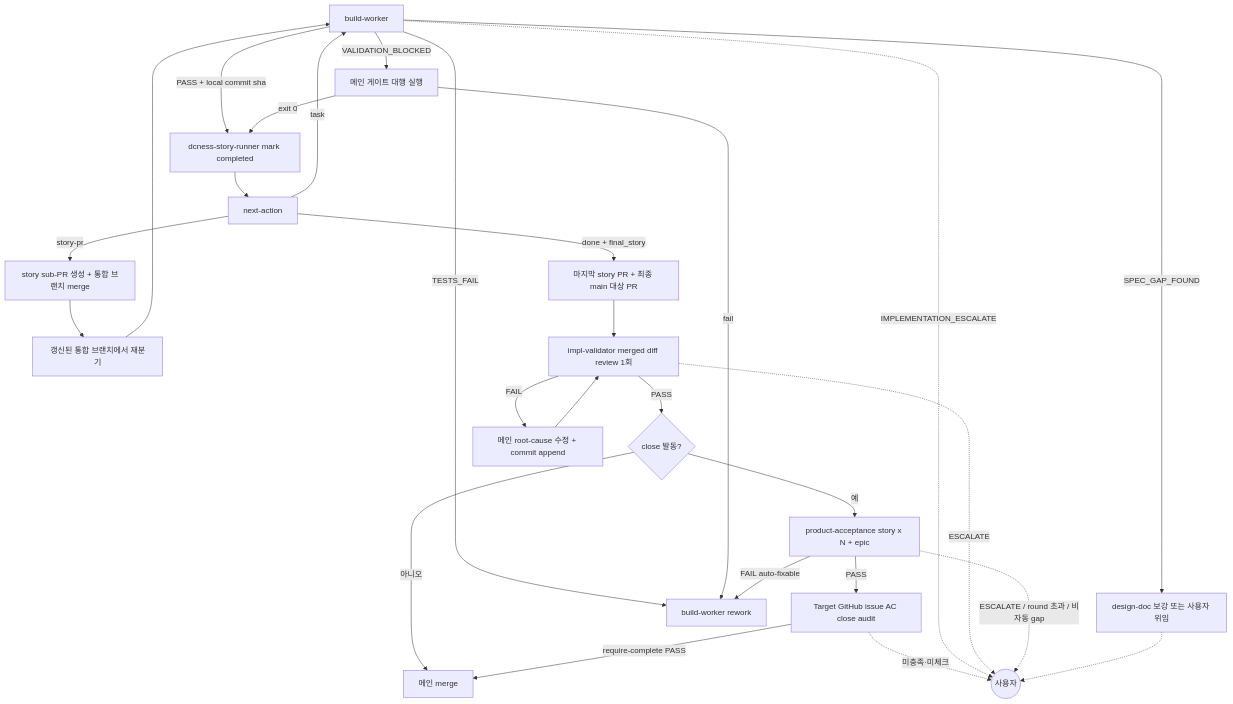
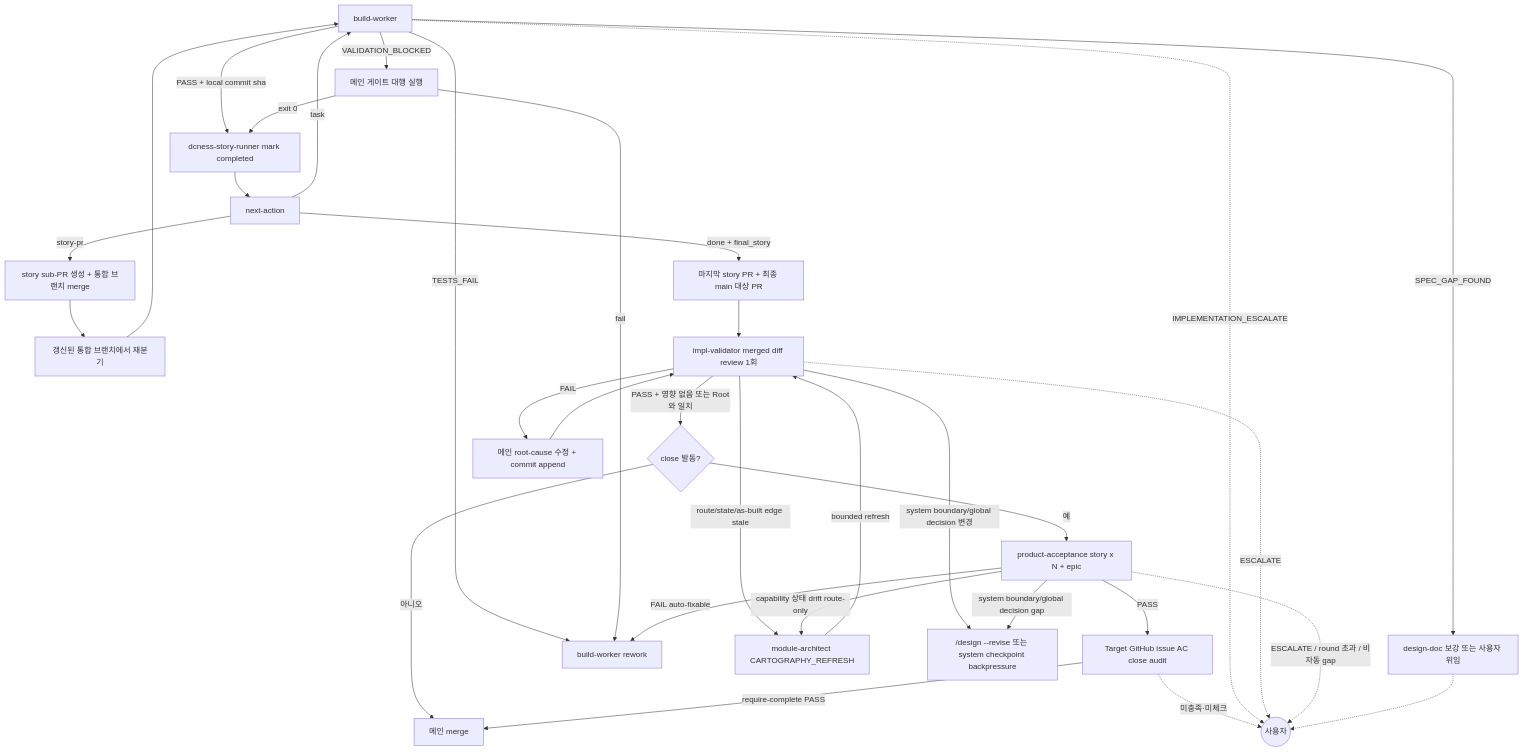
Before and after one commit to Daeguk-Sun/dcNess: the diagram in skills/impl-loop/impl-loop-routing.md, drawn with Mermaid. The commit also changed other lines of this file and 41 other files, not shown here.

````diff
--- a/skills/impl-loop/impl-loop-routing.md
+++ b/skills/impl-loop/impl-loop-routing.md
@@ -14,29 +14,34 @@
 ```mermaid
 flowchart TB
   BW[build-worker] -->|PASS + local commit sha| MARK[dcness-story-runner mark completed]
   BW -->|SPEC_GAP_FOUND| REWORK[design-doc 보강 또는 사용자 위임]
   BW -->|TESTS_FAIL| RETRY[build-worker rework]
   BW -->|VALIDATION_BLOCKED| GATE[메인 게이트 대행 실행]
   GATE -->|exit 0| MARK
   GATE -->|fail| RETRY
   MARK --> NEXT[next-action]
   NEXT -->|task| BW
   NEXT -->|story-pr| SPR[story sub-PR 생성 + 통합 브랜치 merge]
   SPR --> REBRANCH[갱신된 통합 브랜치에서 재분기]
   REBRANCH --> BW
   NEXT -->|done + final_story| FPR[마지막 story PR + 최종 main 대상 PR]
   FPR --> IV[impl-validator merged diff review 1회]
-  IV -->|PASS| ACC{close 발동?}
+  IV -->|PASS + 영향 없음 또는 Root와 일치| ACC{close 발동?}
+  IV -->|route/state/as-built edge stale| CR[module-architect CARTOGRAPHY_REFRESH]
+  CR -->|bounded refresh| IV
+  IV -->|system boundary/global decision 변경| DESIGN["/design --revise 또는 system checkpoint backpressure"]
   IV -->|FAIL| FIX[메인 root-cause 수정 + commit append]
   FIX --> IV
   ACC -->|아니오| MERGE[메인 merge]
   ACC -->|예| PA[product-acceptance story x N + epic]
   PA -->|PASS| AC[Target GitHub issue AC close audit]
   AC -->|require-complete PASS| MERGE
   AC -.->|미충족·미체크| USER
   PA -->|FAIL auto-fixable| RETRY
+  PA -->|capability 상태 drift route-only| CR
+  PA -->|system boundary/global decision gap| DESIGN
   BW -.->|IMPLEMENTATION_ESCALATE| USER((사용자))
   IV -.->|ESCALATE| USER
   PA -.->|ESCALATE / round 초과 / 비자동 gap| USER
   REWORK -.-> USER
 ```
````
